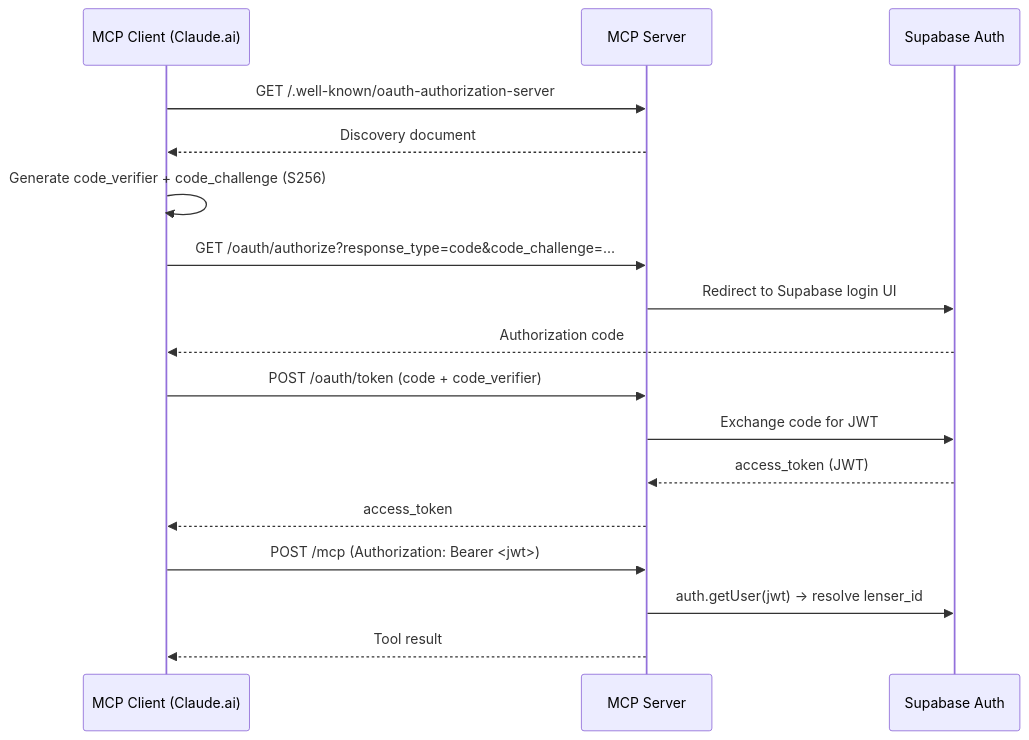
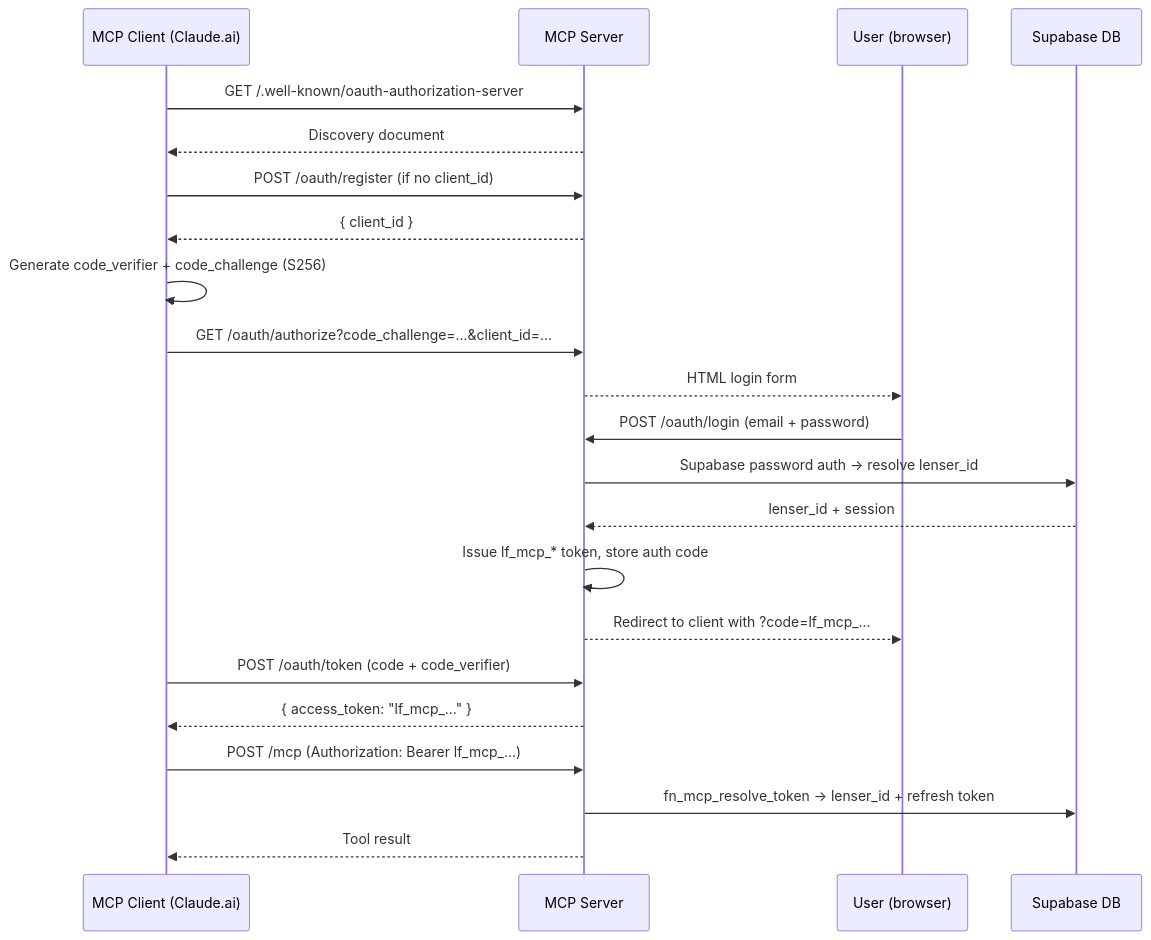
The diagram in docs/en/reference/mcp-server/authentication.md (conectlens/lenserfight), drawn with Mermaid before and after one commit. The commit also changed other lines of this file and 4 other files, not shown here.

````diff
--- a/docs/en/reference/mcp-server/authentication.md
+++ b/docs/en/reference/mcp-server/authentication.md
@@ -82,23 +95,30 @@
 ```mermaid
 sequenceDiagram
   participant Client as MCP Client (Claude.ai)
   participant MCP as MCP Server
-  participant Supabase as Supabase Auth
+  participant User as User (browser)
+  participant DB as Supabase DB
 
   Client->>MCP: GET /.well-known/oauth-authorization-server
   MCP-->>Client: Discovery document
 
+  Client->>MCP: POST /oauth/register (if no client_id)
+  MCP-->>Client: { client_id }
+
   Client->>Client: Generate code_verifier + code_challenge (S256)
-  Client->>MCP: GET /oauth/authorize?response_type=code&code_challenge=…
-  MCP->>Supabase: Redirect to Supabase login UI
-  Supabase-->>Client: Authorization code
+  Client->>MCP: GET /oauth/authorize?code_challenge=...&client_id=...
+  MCP-->>User: HTML login form
+
+  User->>MCP: POST /oauth/login (email + password)
+  MCP->>DB: Supabase password auth → resolve lenser_id
+  DB-->>MCP: lenser_id + session
+  MCP->>MCP: Issue lf_mcp_* token, store auth code
+  MCP-->>User: Redirect to client with ?code=lf_mcp_...
 
   Client->>MCP: POST /oauth/token (code + code_verifier)
-  MCP->>Supabase: Exchange code for JWT
-  Supabase-->>MCP: access_token (JWT)
-  MCP-->>Client: access_token
+  MCP-->>Client: { access_token: "lf_mcp_..." }
 
-  Client->>MCP: POST /mcp (Authorization: Bearer <jwt>)
-  MCP->>Supabase: auth.getUser(jwt) → resolve lenser_id
+  Client->>MCP: POST /mcp (Authorization: Bearer lf_mcp_...)
+  MCP->>DB: fn_mcp_resolve_token → lenser_id + refresh token
   MCP-->>Client: Tool result
 ```
````
